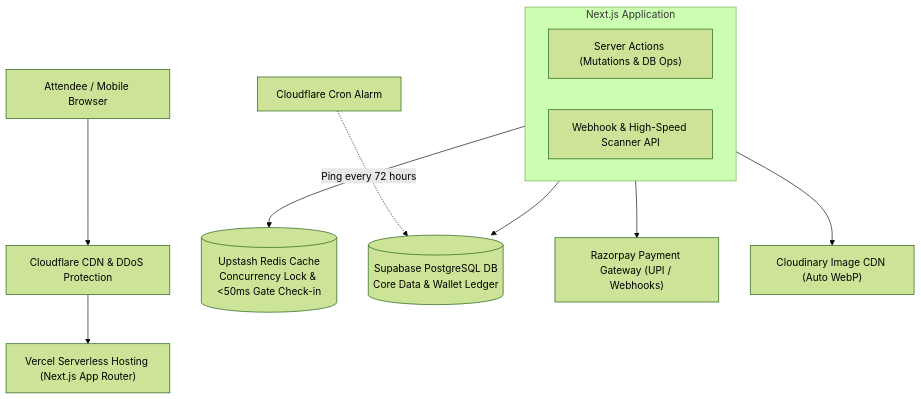
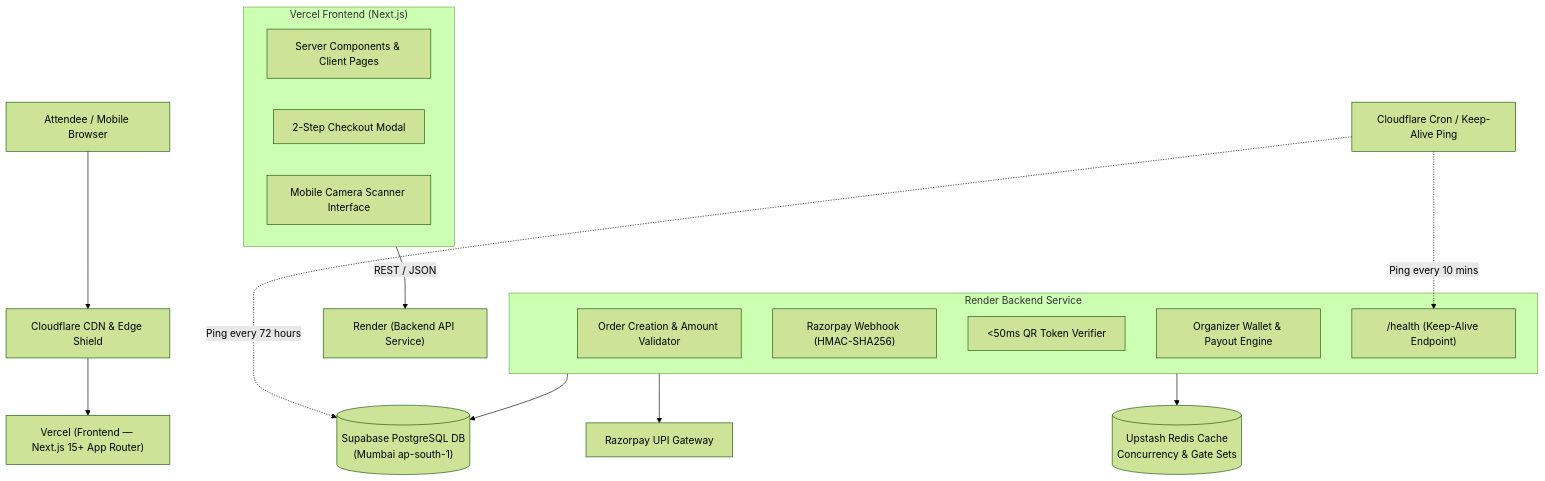
Before and after one commit to getmyshow/getmyshow: the diagram in context/architecture.md, drawn with Mermaid (forest theme). The commit also changed other lines of this file and 11 other files, not shown here.

Commit message:
Update architecture for Vercel (Frontend), Render (Backend), and Supabase

````diff
--- a/context/architecture.md
+++ b/context/architecture.md
@@ -9,17 +10,28 @@
 ```mermaid
 flowchart TD
-    UserPhone["Attendee / Mobile Browser"] --> Cloudflare["Cloudflare CDN & DDoS Protection"]
-    Cloudflare --> Vercel["Vercel Serverless Hosting (Next.js App Router)"]
+    UserPhone["Attendee / Mobile Browser"] --> Cloudflare["Cloudflare CDN & Edge Shield"]
+    Cloudflare --> Vercel["Vercel (Frontend — Next.js 15+ App Router)"]
     
-    subgraph VercelApp["Next.js Application"]
-        ServerActions["Server Actions (Mutations & DB Ops)"]
-        APIRoutes["Webhook & High-Speed Scanner API"]
+    subgraph VercelFrontend["Vercel Frontend (Next.js)"]
+        UI["Server Components & Client Pages"]
+        CheckoutUI["2-Step Checkout Modal"]
+        GateUI["Mobile Camera Scanner Interface"]
     end
     
-    VercelApp --> UpstashRedis[("Upstash Redis Cache\nConcurrency Lock & <50ms Gate Check-in")]
-    VercelApp --> SupabaseDB[("Supabase PostgreSQL DB\nCore Data & Wallet Ledger")]
-    VercelApp --> RazorpayAPI["Razorpay Payment Gateway (UPI / Webhooks)"]
-    VercelApp --> CloudinaryCDN["Cloudinary Image CDN (Auto WebP)"]
+    VercelFrontend -->|"REST / JSON"| RenderBackend["Render (Backend API Service)"]
     
-    Cron["Cloudflare Cron Alarm"] -.->|"Ping every 72 hours"| SupabaseDB
+    subgraph RenderService["Render Backend Service"]
+        OrderAPI["Order Creation & Amount Validator"]
+        WebhookHandler["Razorpay Webhook (HMAC-SHA256)"]
+        ScanVerifier["<50ms QR Token Verifier"]
+        WalletEngine["Organizer Wallet & Payout Engine"]
+        HealthRoute["/health (Keep-Alive Endpoint)"]
+    end
+    
+    RenderService --> SupabaseDB[("Supabase PostgreSQL DB\n(Mumbai ap-south-1)")]
+    RenderService --> RazorpayGateway["Razorpay UPI Gateway"]
+    RenderService --> UpstashRedis[("Upstash Redis Cache\nConcurrency & Gate Sets")]
+    
+    KeepAliveCron["Cloudflare Cron / Keep-Alive Ping"] -.->|"Ping every 10 mins"| HealthRoute
+    KeepAliveCron -.->|"Ping every 72 hours"| SupabaseDB
 ```
````
